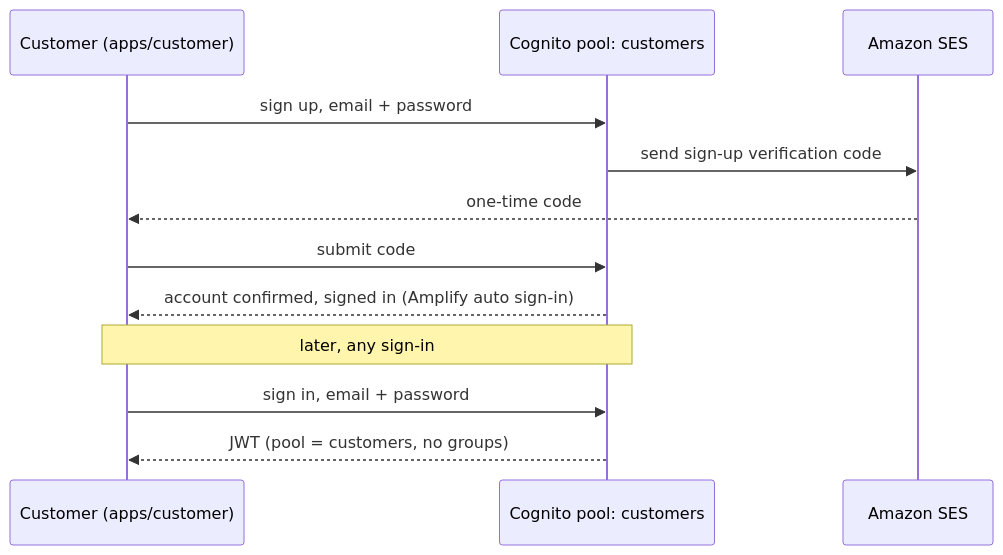
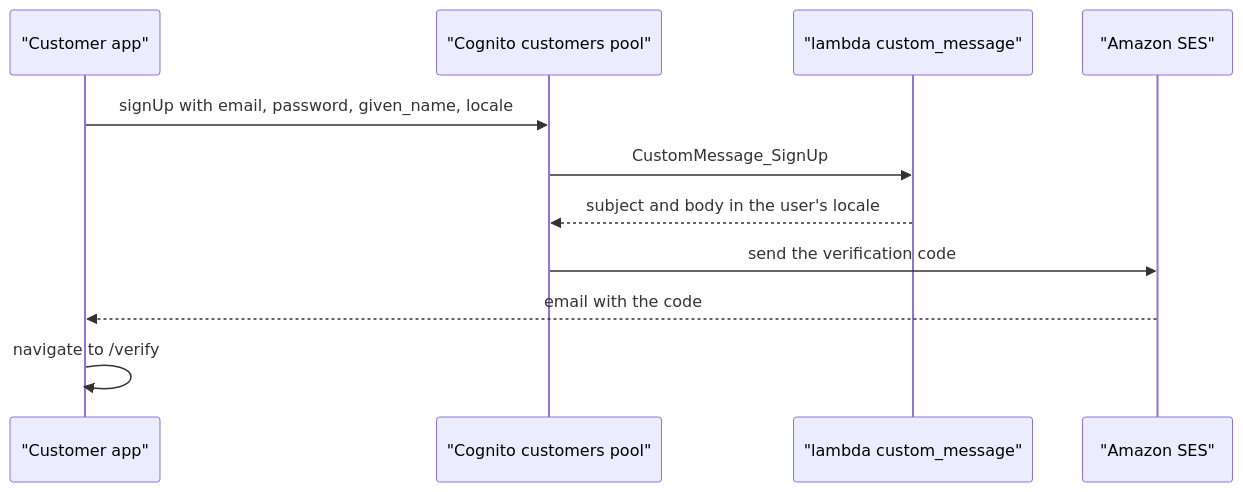
Before and after one commit to Team-ACGS/factored-hackathon-2026-acgs: the first of 7 diagrams in docs/modules/identity/flows.md, drawn with Mermaid. The commit also changed other lines of this file and 9 other files, not shown here.

Commit message:
docs(assistant,cases,data,identity,messaging): readmes and flows verified against the code, round 1

````diff
--- a/docs/modules/identity/flows.md
+++ b/docs/modules/identity/flows.md
@@ -24,14 +23,14 @@
 ```mermaid
 sequenceDiagram
-  participant C as Customer (apps/customer)
-  participant CUP as Cognito pool: customers
-  participant SES as Amazon SES
-  C->>CUP: sign up, email + password
-  CUP->>SES: send sign-up verification code
-  SES-->>C: one-time code
-  C->>CUP: submit code
-  CUP-->>C: account confirmed, signed in (Amplify auto sign-in)
-  Note over C,CUP: later, any sign-in
-  C->>CUP: sign in, email + password
-  CUP-->>C: JWT (pool = customers, no groups)
+    participant App as "Customer app"
+    participant Cog as "Cognito customers pool"
+    participant CM as "lambda custom_message"
+    participant SES as "Amazon SES"
+
+    App->>Cog: signUp with email, password, given_name, locale
+    Cog->>CM: CustomMessage_SignUp
+    CM-->>Cog: subject and body in the user's locale
+    Cog->>SES: send the verification code
+    SES-->>App: email with the code
+    App->>App: navigate to /verify
 ```
````
